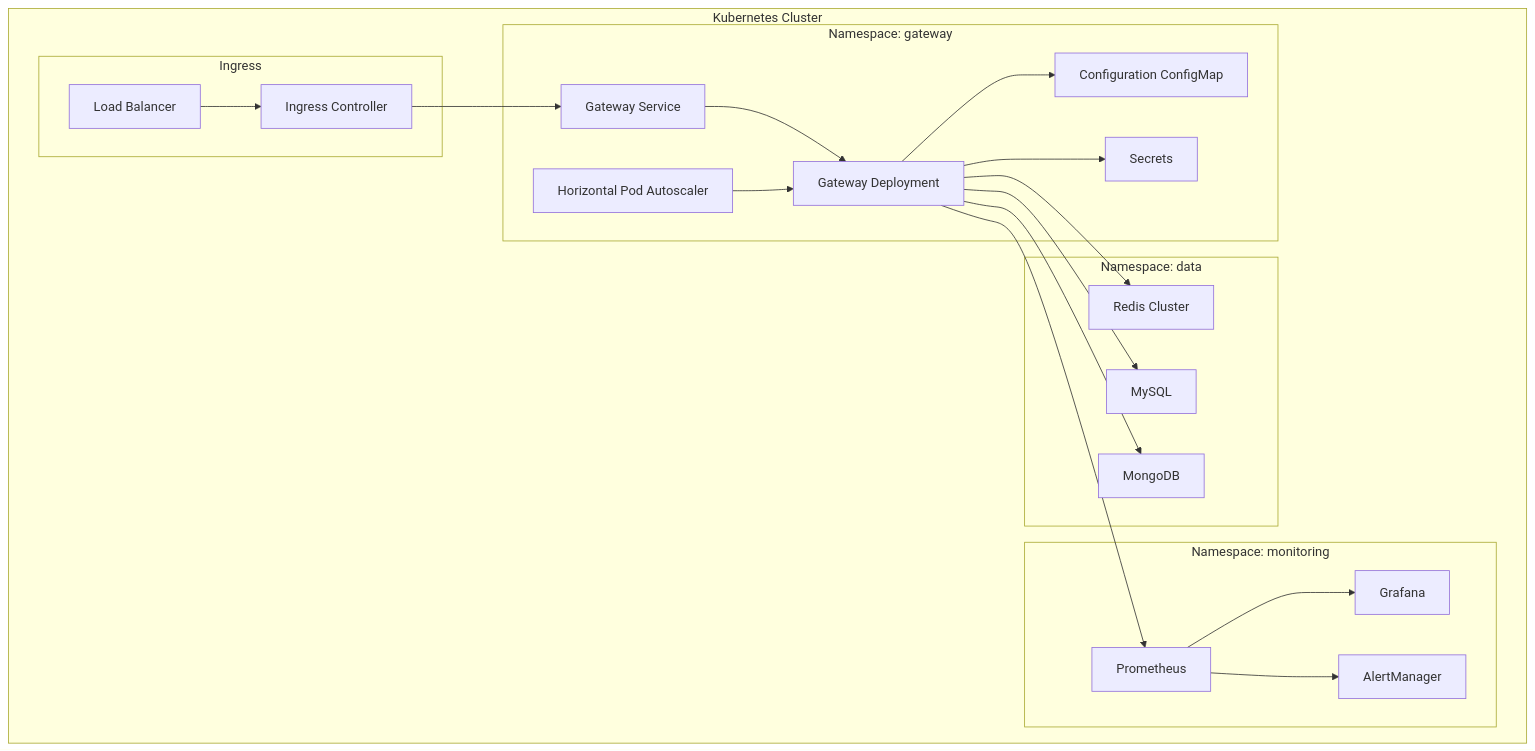
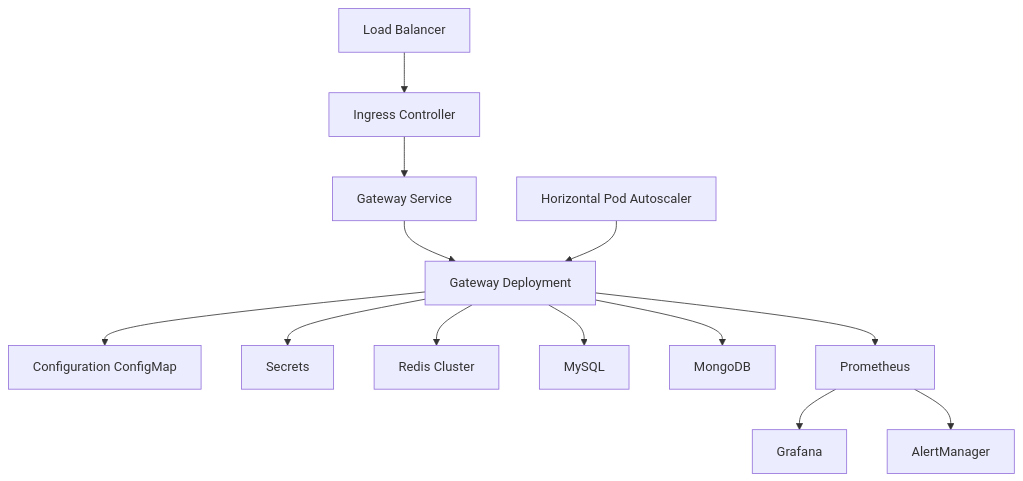
One commit to fluxsce/gateway changed diagram 15 of 16 in docs/guide/architecture.md. Above: the diagram before and after it, drawn with Mermaid. The commit also changed other lines of this file and 1 other file, not shown here.

Commit message:
架构图显示错误修复

````diff
--- a/docs/guide/architecture.md
+++ b/docs/guide/architecture.md
@@ -654,44 +393,17 @@
 ```mermaid
 graph TB
-    subgraph "Kubernetes Cluster"
-        subgraph "Namespace: gateway"
-            Deployment[Gateway Deployment]
-            Service[Gateway Service]
-            ConfigMap[Configuration ConfigMap]
-            Secret[Secrets]
-            HPA[Horizontal Pod Autoscaler]
-        end
-        
-        subgraph "Namespace: monitoring"
-            Prometheus[Prometheus]
-            Grafana[Grafana]
-            AlertManager[AlertManager]
-        end
-        
-        subgraph "Namespace: data"
-            Redis[Redis Cluster]
-            MySQL[MySQL]
-            MongoDB[MongoDB]
-        end
-        
-        subgraph "Ingress"
-            IngressController[Ingress Controller]
-            LoadBalancer[Load Balancer]
-        end
-    end
+    LoadBalancer[Load Balancer] --> IngressController[Ingress Controller]
+    IngressController --> Service[Gateway Service]
+    Service --> Deployment[Gateway Deployment]
+    Deployment --> ConfigMap[Configuration ConfigMap]
+    Deployment --> Secret[Secrets]
+    HPA[Horizontal Pod Autoscaler] --> Deployment
     
-    LoadBalancer --> IngressController
-    IngressController --> Service
-    Service --> Deployment
-    Deployment --> ConfigMap
-    Deployment --> Secret
-    HPA --> Deployment
+    Deployment --> Redis[Redis Cluster]
+    Deployment --> MySQL[MySQL]
+    Deployment --> MongoDB[MongoDB]
     
-    Deployment --> Redis
-    Deployment --> MySQL
-    Deployment --> MongoDB
-    
-    Deployment --> Prometheus
-    Prometheus --> Grafana
-    Prometheus --> AlertManager
+    Deployment --> Prometheus[Prometheus]
+    Prometheus --> Grafana[Grafana]
+    Prometheus --> AlertManager[AlertManager]
 ```
````
